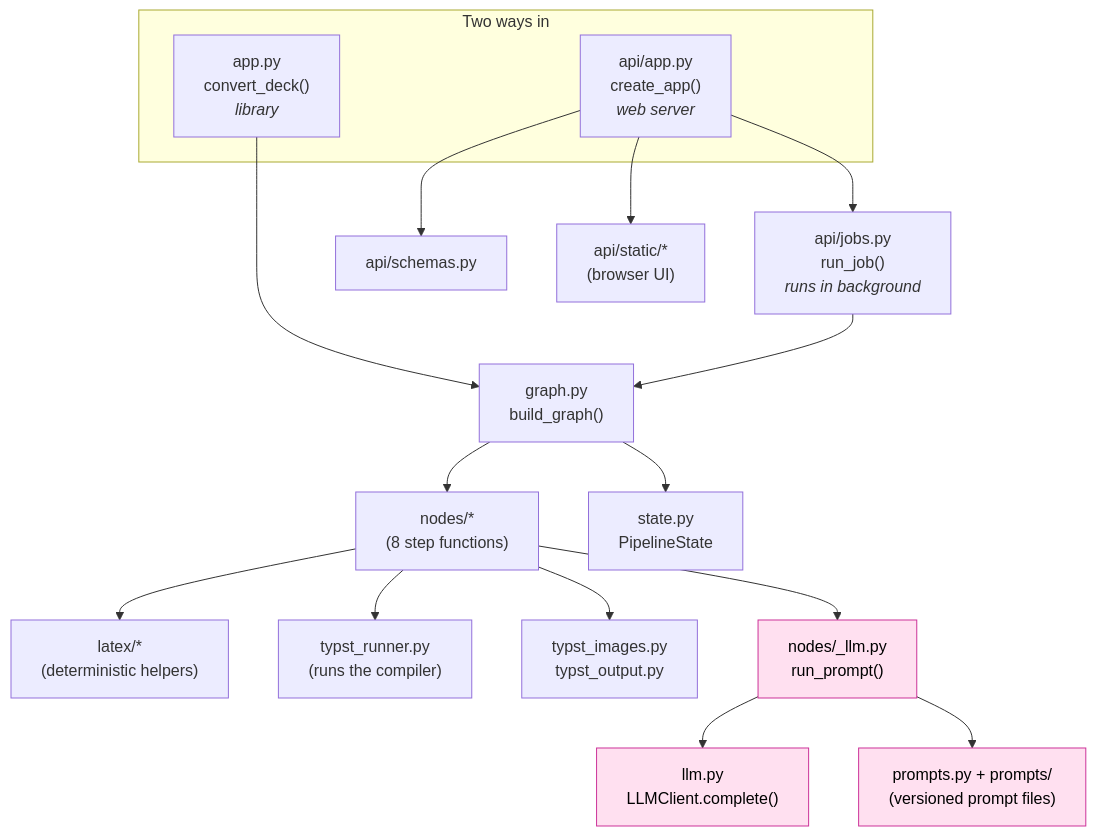
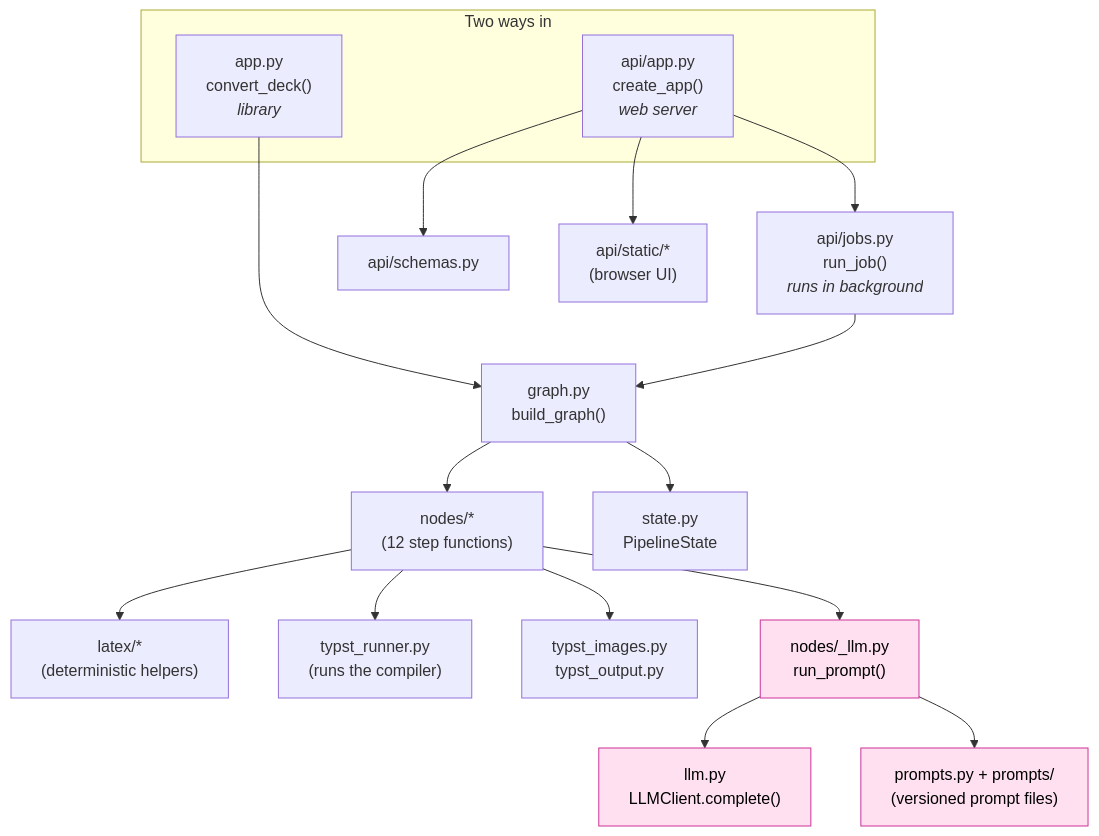
Before and after one commit to SushrutGaikwad/b2t: the second of 11 diagrams in CODEBASE_GUIDE.md, drawn with Mermaid. The commit also changed other lines of this file and 1 other file, not shown here.

````diff
--- a/CODEBASE_GUIDE.md
+++ b/CODEBASE_GUIDE.md
@@ -141,24 +145,24 @@
 ```mermaid
 flowchart TB
     subgraph entry [Two ways in]
         lib["app.py<br/>convert_deck()<br/><i>library</i>"]
         web["api/app.py<br/>create_app()<br/><i>web server</i>"]
     end
     web --> jobs["api/jobs.py<br/>run_job()<br/><i>runs in background</i>"]
     lib --> gbuild["graph.py<br/>build_graph()"]
     jobs --> gbuild
-    gbuild --> nodes["nodes/*<br/>(8 step functions)"]
+    gbuild --> nodes["nodes/*<br/>(12 step functions)"]
     nodes --> latex["latex/*<br/>(deterministic helpers)"]
     nodes --> runner["typst_runner.py<br/>(runs the compiler)"]
     nodes --> images["typst_images.py<br/>typst_output.py"]
     nodes --> shared["nodes/_llm.py<br/>run_prompt()"]
     shared --> llm["llm.py<br/>LLMClient.complete()"]
     shared --> prompts["prompts.py + prompts/<br/>(versioned prompt files)"]
     gbuild --> state["state.py<br/>PipelineState"]
     web --> schemas["api/schemas.py"]
     web --> static["api/static/*<br/>(browser UI)"]
 
     style llm fill:#ffe0f0,stroke:#cc3399,color:#000
     style shared fill:#ffe0f0,stroke:#cc3399,color:#000
     style prompts fill:#ffe0f0,stroke:#cc3399,color:#000
 ```
````
